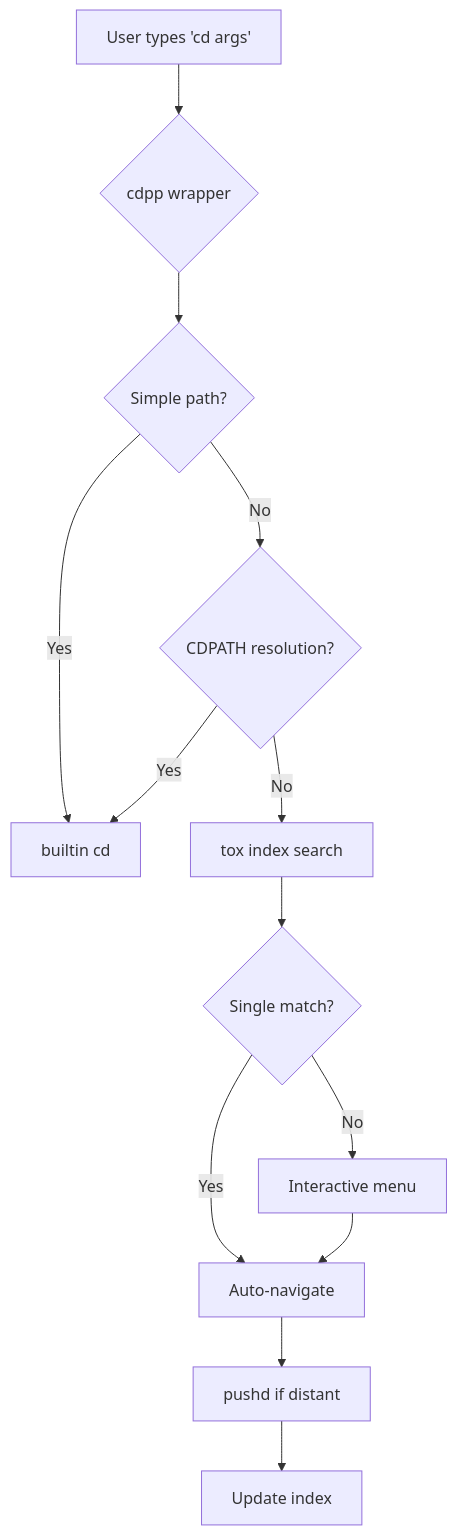
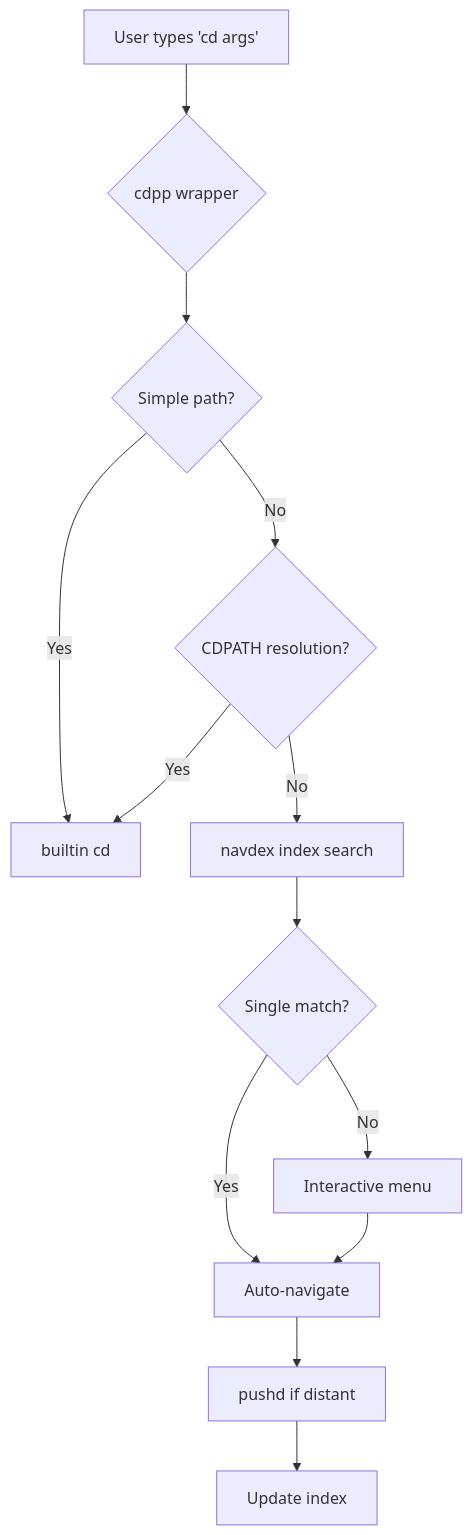
One commit to sanekits/cdpp changed the first of 6 diagrams in docs/architecture.md. Above: the diagram before and after it, drawn with Mermaid. The commit also changed other lines of this file and 6 other files, not shown here.

First line of the commit message:
Refactor directory navigation utility from 'tox' to 'navdex'

````diff
--- a/docs/architecture.md
+++ b/docs/architecture.md
@@ -9,15 +9,15 @@
 ```mermaid
 graph TD
     A[User types 'cd args'] --> B{cdpp wrapper}
     B --> C{Simple path?}
     C -->|Yes| D[builtin cd]
     C -->|No| E{CDPATH resolution?}
     E -->|Yes| D
-    E -->|No| F[tox index search]
+    E -->|No| F[navdex index search]
     F --> G{Single match?}
     G -->|Yes| H[Auto-navigate]
     G -->|No| I[Interactive menu]
     I --> H
     H --> J[pushd if distant]
     J --> K[Update index]
 ```
````
